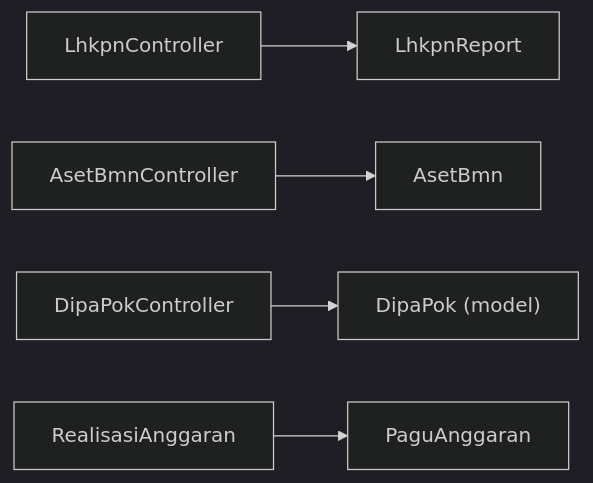
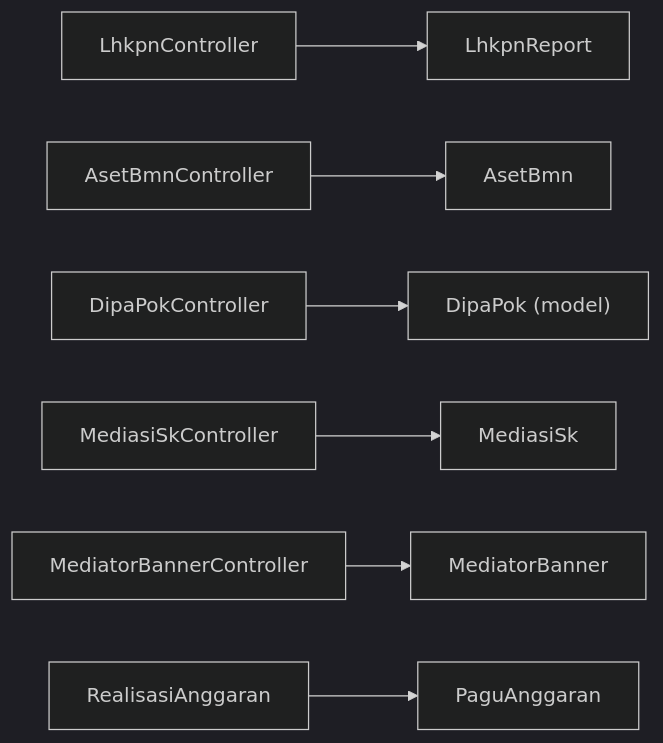
The ninth of 9 diagrams in .qoder/repowiki/en/content/Integration Documentation/Integration Documentation.md (backuppapnj/api-web), drawn with Mermaid (dark theme) before and after one commit. The commit also changed other lines of this file and 13 other files, not shown here.

````diff
--- a/.qoder/repowiki/en/content/Integration Documentation/Integration Documentation.md
+++ b/.qoder/repowiki/en/content/Integration Documentation/Integration Documentation.md
@@ -309,7 +403,9 @@
 ```mermaid
 graph LR
 LH["LhkpnController"] --> MR["LhkpnReport"]
 AB["AsetBmnController"] --> MB["AsetBmn"]
 DP["DipaPokController"] --> MD["DipaPok (model)"]
+MS["MediasiSkController"] --> MSK["MediasiSk"]
+MBanner["MediatorBannerController"] --> MBB["MediatorBanner"]
 RA["RealisasiAnggaran"] --> PG["PaguAnggaran"]
 ```
````
